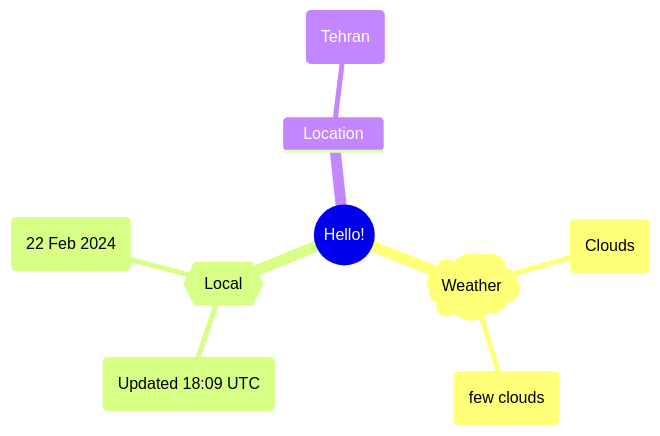
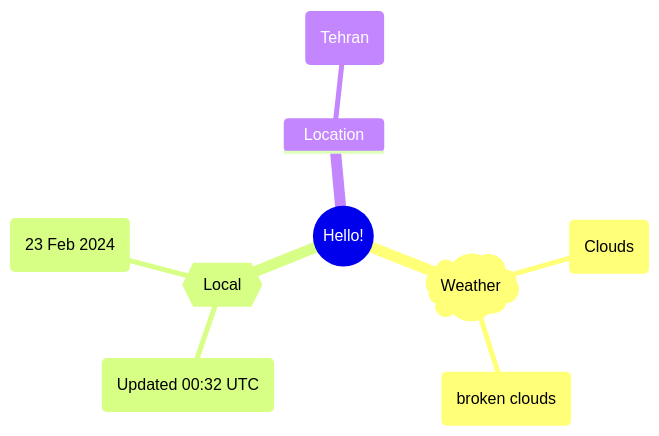
One commit to Xosrov/Xosrov changed the first of 2 diagrams in README.md. Above: the diagram before and after it, drawn with Mermaid.

Commit message:
[bot] updated images

````diff
--- a/README.md
+++ b/README.md
@@ -3,12 +3,12 @@
 ```mermaid
 mindmap
   root((Hello!))
     )Weather(
         (Clouds)
-        (few clouds)
+        (broken clouds)
     {{Local}}
-        (Updated 18:09 UTC)
-        (22 Feb 2024)
+        (Updated 00:32 UTC)
+        (23 Feb 2024)
     Location
         (Tehran)
 ```
````
